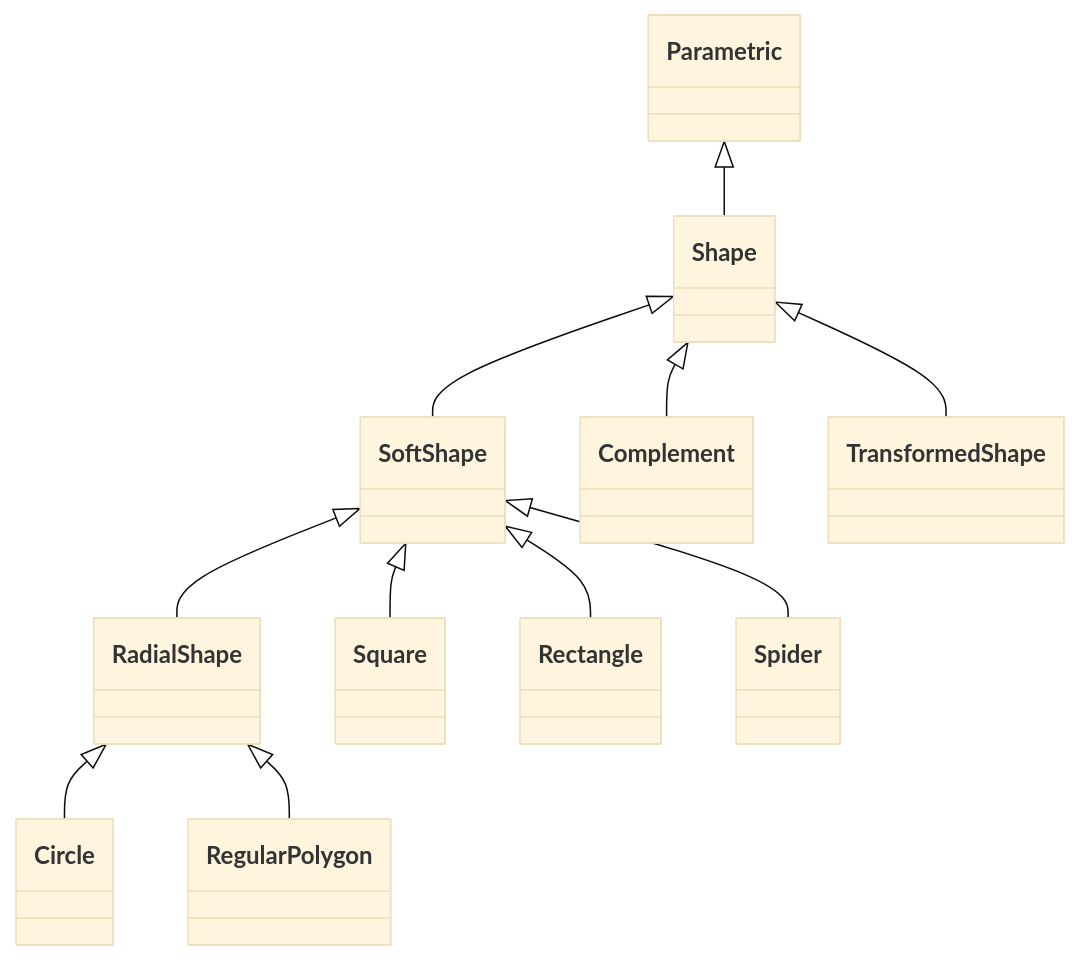
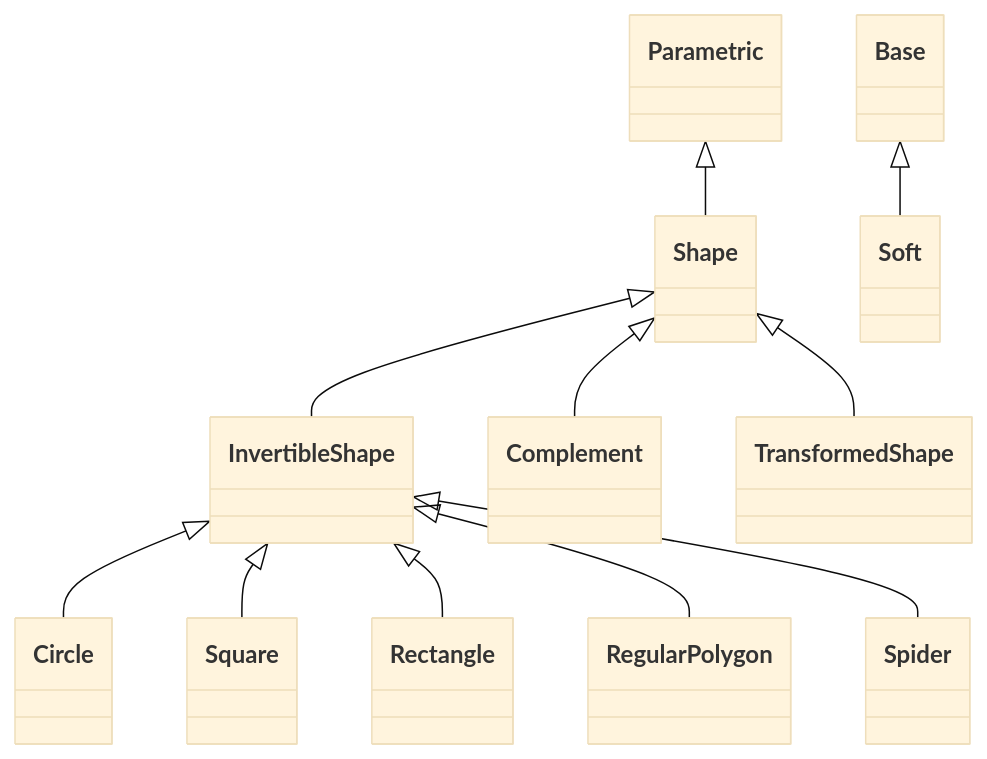
The diagram in docs/API/parametric/shapes.md (LouisDesdoigts/dLux), drawn with Mermaid (base theme) before and after one commit. The commit also changed other lines of this file and 11 other files, not shown here.

Commit message:
Regenerate API reference and diagrams

````diff
--- a/docs/API/parametric/shapes.md
+++ b/docs/API/parametric/shapes.md
@@ -5,34 +5,35 @@
 ```mermaid
 classDiagram
     class dLux_parametric_shapes_Shape["Shape"]
-    class dLux_parametric_shapes_SoftShape["SoftShape"]
-    class dLux_parametric_shapes_RadialShape["RadialShape"]
+    class dLux_parametric_shapes_InvertibleShape["InvertibleShape"]
+    class dLux_parametric_shapes_Soft["Soft"]
     class dLux_parametric_shapes_Circle["Circle"]
     class dLux_parametric_shapes_Square["Square"]
     class dLux_parametric_shapes_Rectangle["Rectangle"]
     class dLux_parametric_shapes_RegularPolygon["RegularPolygon"]
     class dLux_parametric_shapes_Spider["Spider"]
     class dLux_parametric_shapes_Complement["Complement"]
     class dLux_parametric_shapes_TransformedShape["TransformedShape"]
     class dLux_parametric_parametrics_Parametric["Parametric"]
+    class zodiax_base_Base["Base"]
     dLux_parametric_parametrics_Parametric <|-- dLux_parametric_shapes_Shape
     click dLux_parametric_shapes_Shape href "#dLux.parametric.shapes.Shape" "Properties: extent"
-    dLux_parametric_shapes_Shape <|-- dLux_parametric_shapes_SoftShape
-    click dLux_parametric_shapes_SoftShape href "#dLux.parametric.shapes.SoftShape" "Attributes: softening · Methods: clip()"
-    dLux_parametric_shapes_SoftShape <|-- dLux_parametric_shapes_RadialShape
-    click dLux_parametric_shapes_RadialShape href "#dLux.parametric.shapes.RadialShape" "Attributes: softening, diameter · Properties: extent"
-    dLux_parametric_shapes_RadialShape <|-- dLux_parametric_shapes_Circle
-    click dLux_parametric_shapes_Circle href "#dLux.parametric.shapes.Circle" "Attributes: softening, diameter · Methods: evaluate()"
-    dLux_parametric_shapes_SoftShape <|-- dLux_parametric_shapes_Square
-    click dLux_parametric_shapes_Square href "#dLux.parametric.shapes.Square" "Attributes: softening, width · Properties: extent · Methods: evaluate()"
-    dLux_parametric_shapes_SoftShape <|-- dLux_parametric_shapes_Rectangle
-    click dLux_parametric_shapes_Rectangle href "#dLux.parametric.shapes.Rectangle" "Attributes: softening, width, height · Properties: extent · Methods: evaluate()"
-    dLux_parametric_shapes_RadialShape <|-- dLux_parametric_shapes_RegularPolygon
-    click dLux_parametric_shapes_RegularPolygon href "#dLux.parametric.shapes.RegularPolygon" "Attributes: softening, diameter, nsides · Methods: evaluate()"
-    dLux_parametric_shapes_SoftShape <|-- dLux_parametric_shapes_Spider
-    click dLux_parametric_shapes_Spider href "#dLux.parametric.shapes.Spider" "Attributes: softening, width, angles · Methods: evaluate()"
+    dLux_parametric_shapes_Shape <|-- dLux_parametric_shapes_InvertibleShape
+    click dLux_parametric_shapes_InvertibleShape href "#dLux.parametric.shapes.InvertibleShape" "Attributes: edge, invert · Methods: evaluate(), evaluate_hard(), evaluate_soft()"
+    zodiax_base_Base <|-- dLux_parametric_shapes_Soft
+    click dLux_parametric_shapes_Soft href "#dLux.parametric.shapes.Soft" "Attributes: pixels · Methods: clip()"
+    dLux_parametric_shapes_InvertibleShape <|-- dLux_parametric_shapes_Circle
+    click dLux_parametric_shapes_Circle href "#dLux.parametric.shapes.Circle" "Attributes: diameter · Properties: extent · Methods: evaluate_hard(), evaluate_soft()"
+    dLux_parametric_shapes_InvertibleShape <|-- dLux_parametric_shapes_Square
+    click dLux_parametric_shapes_Square href "#dLux.parametric.shapes.Square" "Attributes: width · Properties: extent · Methods: evaluate_hard(), evaluate_soft()"
+    dLux_parametric_shapes_InvertibleShape <|-- dLux_parametric_shapes_Rectangle
+    click dLux_parametric_shapes_Rectangle href "#dLux.parametric.shapes.Rectangle" "Attributes: width, height · Properties: extent · Methods: evaluate_hard(), evaluate_soft()"
+    dLux_parametric_shapes_InvertibleShape <|-- dLux_parametric_shapes_RegularPolygon
+    click dLux_parametric_shapes_RegularPolygon href "#dLux.parametric.shapes.RegularPolygon" "Attributes: diameter, nsides · Properties: extent · Methods: evaluate_hard(), evaluate_soft()"
+    dLux_parametric_shapes_InvertibleShape <|-- dLux_parametric_shapes_Spider
+    click dLux_parametric_shapes_Spider href "#dLux.parametric.shapes.Spider" "Attributes: width, angles · Methods: evaluate_hard(), evaluate_soft()"
     dLux_parametric_shapes_Shape <|-- dLux_parametric_shapes_Complement
     click dLux_parametric_shapes_Complement href "#dLux.parametric.shapes.Complement" "Attributes: shape · Properties: extent · Methods: evaluate()"
     dLux_parametric_shapes_Shape <|-- dLux_parametric_shapes_TransformedShape
     click dLux_parametric_shapes_TransformedShape href "#dLux.parametric.shapes.TransformedShape" "Attributes: shape, transformation · Properties: extent · Methods: evaluate()"
 ```
````
